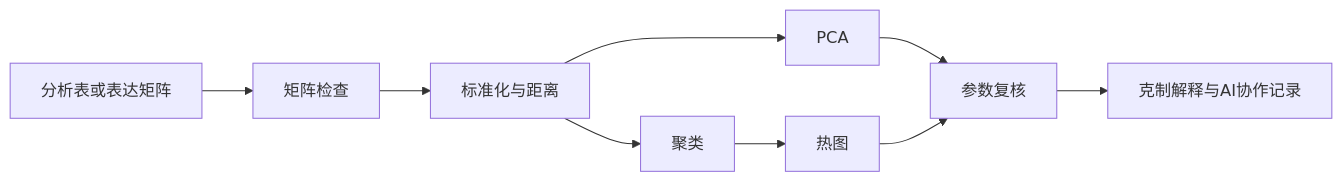
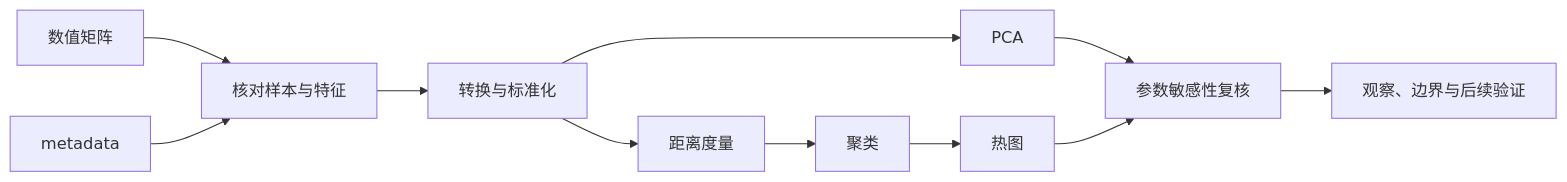
One commit to luvega/AI_MED_DataVis changed the first of 2 diagrams in docs/chapters/chapter-11/index.md. Above: the diagram before and after it, drawn with Mermaid. The commit also changed other lines of this file and 84 other files, not shown here.

````diff
--- a/docs/chapters/chapter-11/index.md
+++ b/docs/chapters/chapter-11/index.md
@@ -9,11 +9,13 @@
 ```mermaid
 flowchart LR
-  A["分析表或表达矩阵"] --> B["矩阵检查"]
-  B --> C["标准化与距离"]
-  C --> D["PCA"]
-  C --> E["聚类"]
-  E --> F["热图"]
-  D --> G["参数复核"]
-  F --> G
-  G --> H["克制解释与AI协作记录"]
+  A["数值矩阵"] --> B["核对样本与特征"]
+  M["metadata"] --> B
+  B --> C["转换与标准化"]
+  C --> D["距离度量"]
+  C --> E["PCA"]
+  D --> F["聚类"]
+  F --> G["热图"]
+  E --> H["参数敏感性复核"]
+  G --> H
+  H --> I["观察、边界与后续验证"]
 ```
````
